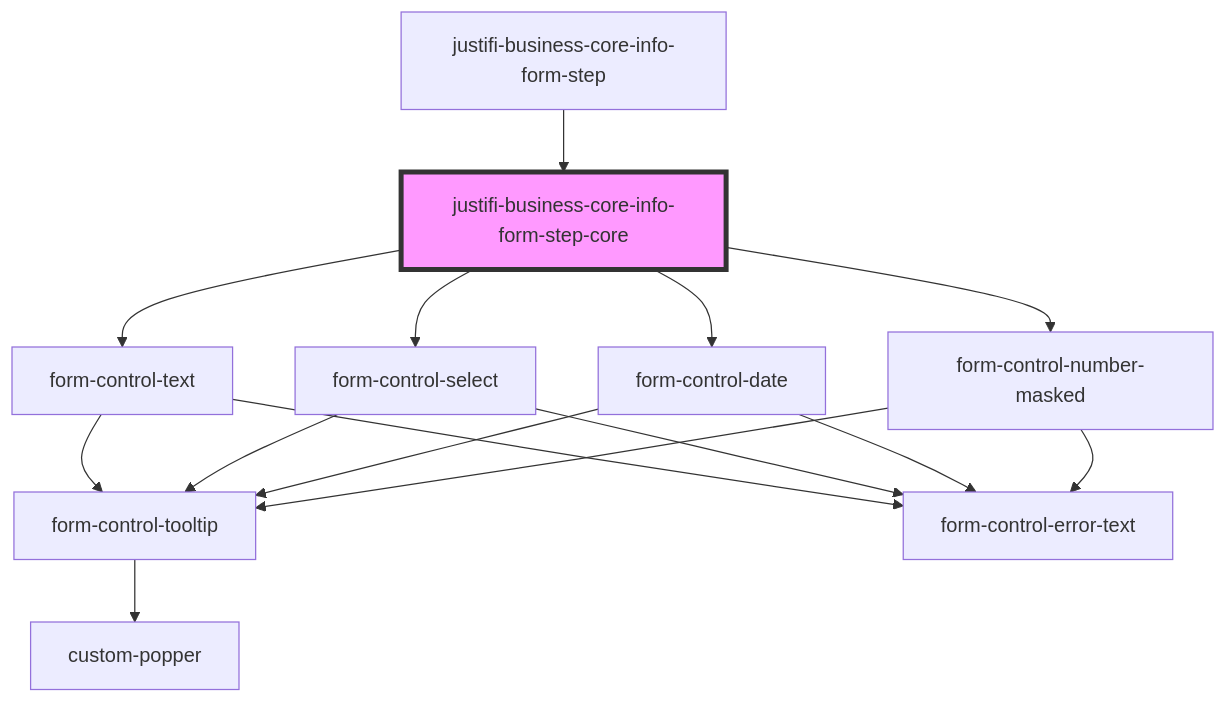
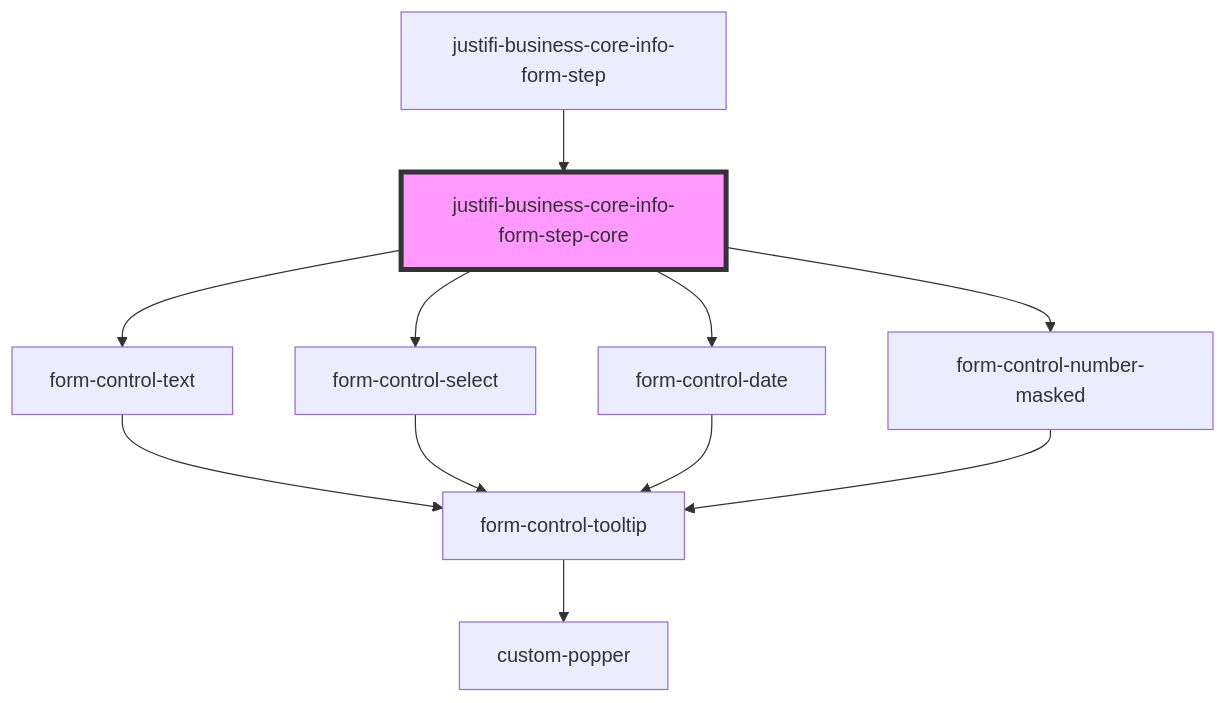
One commit to justifi-tech/web-component-library changed the diagram in packages/webcomponents/src/components/business-forms/payment-provisioning/business-core-info/readme.md. Above: the diagram before and after it, drawn with Mermaid. The commit also changed 23 other files, not shown here.

````diff
--- a/packages/webcomponents/src/components/business-forms/payment-provisioning/business-core-info/readme.md
+++ b/packages/webcomponents/src/components/business-forms/payment-provisioning/business-core-info/readme.md
@@ -61,18 +61,14 @@
 ```mermaid
 graph TD;
   justifi-business-core-info-form-step-core --> form-control-text
   justifi-business-core-info-form-step-core --> form-control-select
   justifi-business-core-info-form-step-core --> form-control-date
   justifi-business-core-info-form-step-core --> form-control-number-masked
   form-control-text --> form-control-tooltip
-  form-control-text --> form-control-error-text
   form-control-tooltip --> custom-popper
   form-control-select --> form-control-tooltip
-  form-control-select --> form-control-error-text
   form-control-date --> form-control-tooltip
-  form-control-date --> form-control-error-text
   form-control-number-masked --> form-control-tooltip
-  form-control-number-masked --> form-control-error-text
   justifi-business-core-info-form-step --> justifi-business-core-info-form-step-core
   style justifi-business-core-info-form-step-core fill:#f9f,stroke:#333,stroke-width:4px
 ```
````
